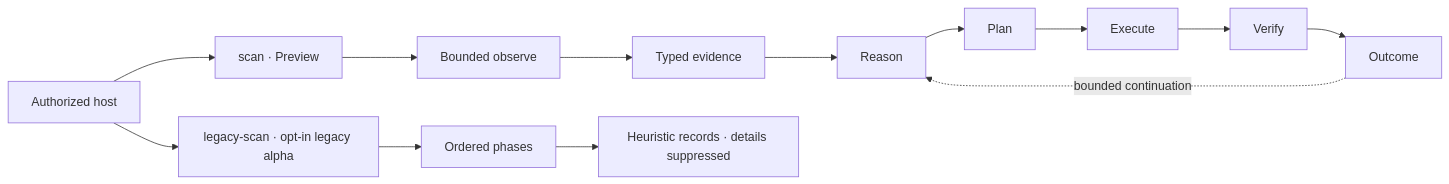
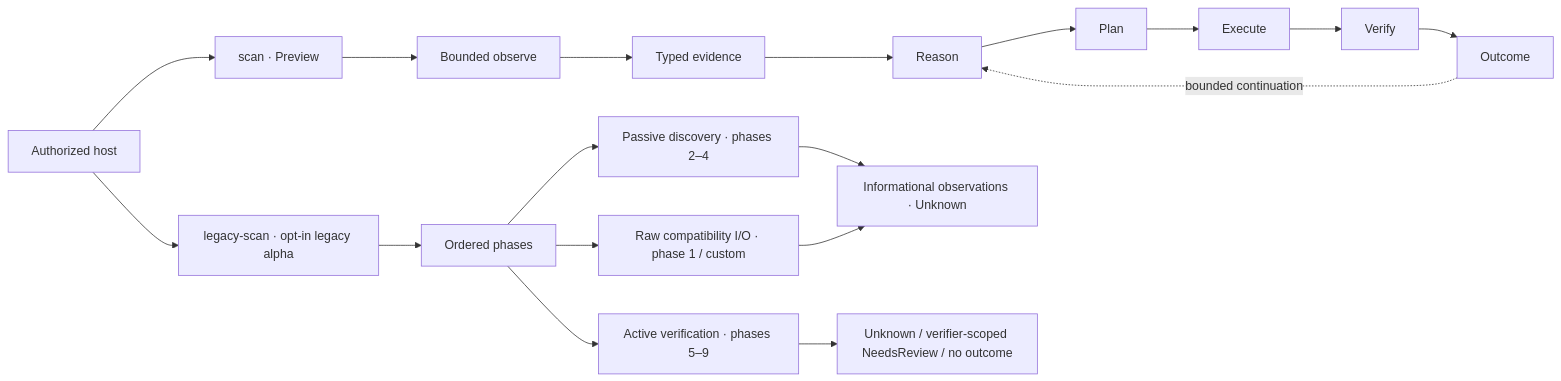
The diagram in README.md (ITherso/termivar), drawn with Mermaid before and after one commit. The commit also changed other lines of this file and 33 other files, not shown here.

Commit message:
fix(scanner): bound legacy verification semantics

````diff
--- a/README.md
+++ b/README.md
@@ -16,16 +16,21 @@
 ```mermaid
 flowchart LR
     Host["Authorized host"] --> Preview["scan · Preview"]
     Preview --> Observe["Bounded observe"]
     Observe --> Evidence["Typed evidence"]
     Evidence --> Reason["Reason"]
     Reason --> Plan["Plan"]
     Plan --> Execute["Execute"]
     Execute --> Verify["Verify"]
     Verify --> Outcome["Outcome"]
     Outcome -. "bounded continuation" .-> Reason
 
     Host --> Legacy["legacy-scan · opt-in legacy alpha"]
     Legacy --> Phases["Ordered phases"]
-    Phases --> LegacyRecords["Heuristic records · details suppressed"]
+    Phases --> Passive["Passive discovery · phases 2–4"]
+    Phases --> Active["Active verification · phases 5–9"]
+    Phases --> Raw["Raw compatibility I/O · phase 1 / custom"]
+    Passive --> LegacyRecords["Informational observations · Unknown"]
+    Active --> Review["Unknown / verifier-scoped NeedsReview / no outcome"]
+    Raw --> LegacyRecords
 ```
````
